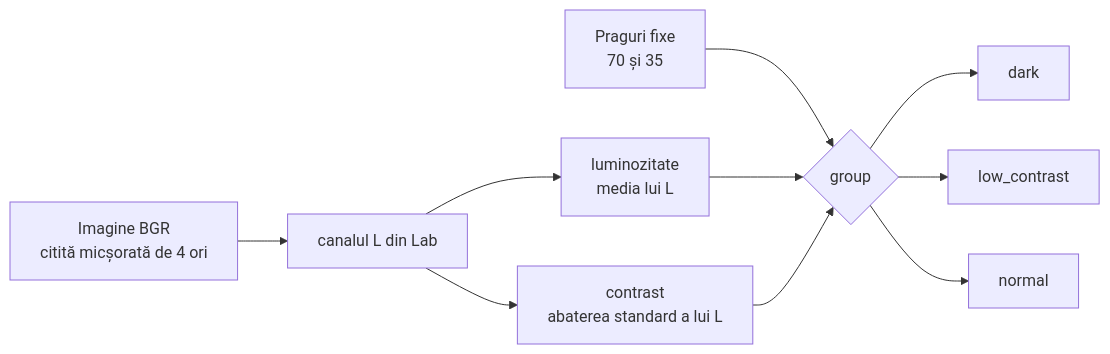
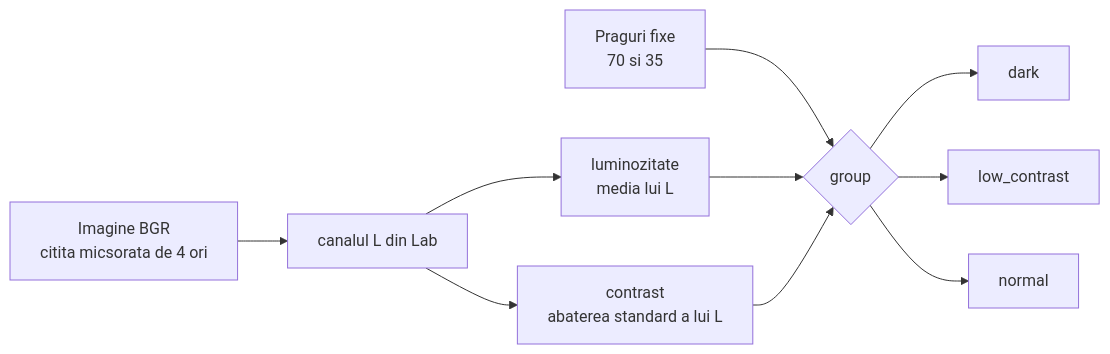
The diagram in docs/pipeline/02-analiza-statistica.md (zaha27/pi-p), drawn with Mermaid before and after one commit. The commit also changed other lines of this file and 57 other files, not shown here.

````diff
--- a/docs/pipeline/02-analiza-statistica.md
+++ b/docs/pipeline/02-analiza-statistica.md
@@ -16,16 +16,16 @@
 ```mermaid
 flowchart LR
     A["Imagine BGR
-citită micșorată de 4 ori"] --> B["canalul L din Lab"]
+citita micsorata de 4 ori"] --> B["canalul L din Lab"]
     B --> C1["luminozitate
 media lui L"]
     B --> C2["contrast
 abaterea standard a lui L"]
     T["Praguri fixe
-70 și 35"] --> D
+70 si 35"] --> D
     C1 --> D{"group"}
     C2 --> D
     D --> G1["dark"]
     D --> G2["low_contrast"]
     D --> G3["normal"]
 ```
````
